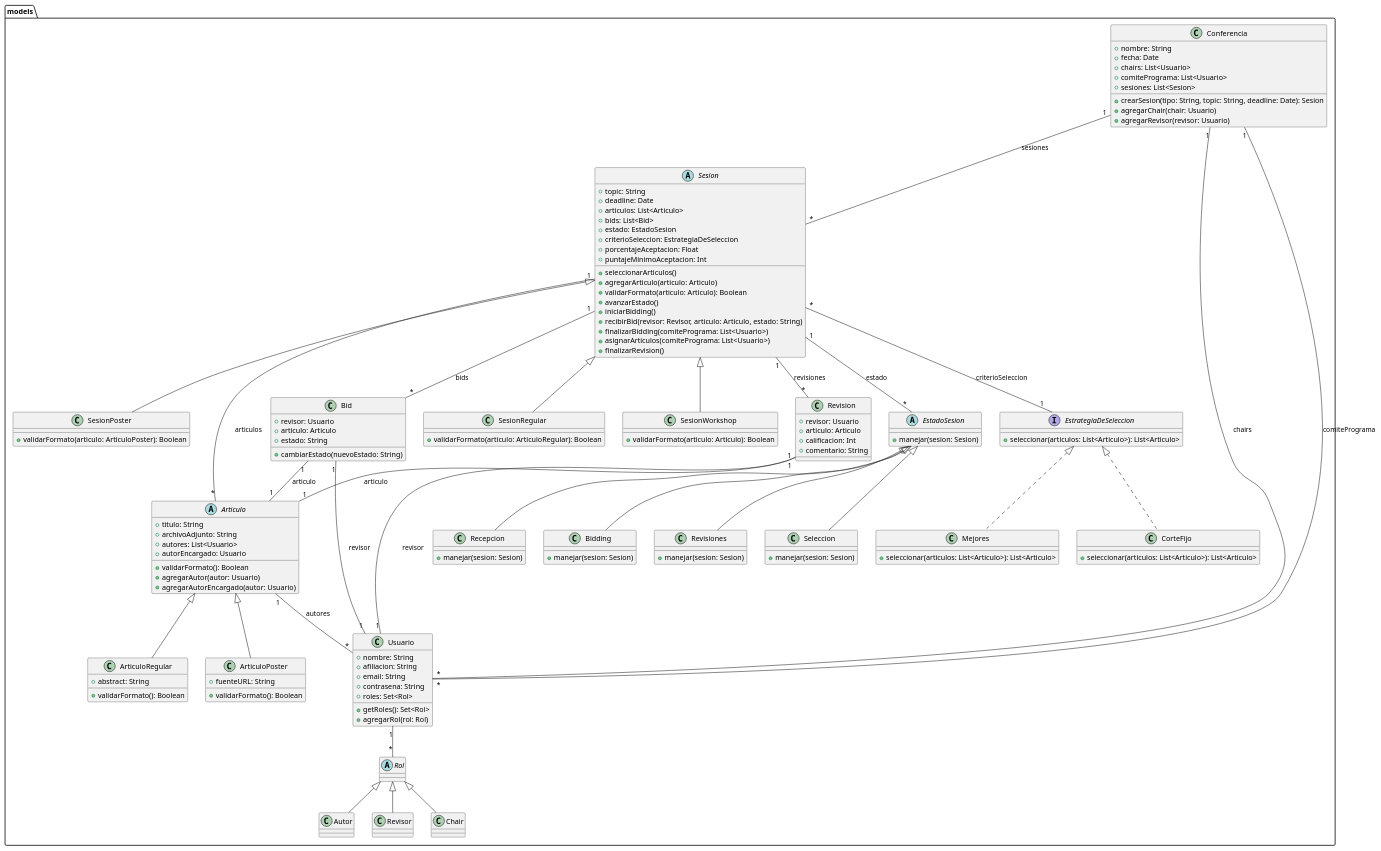
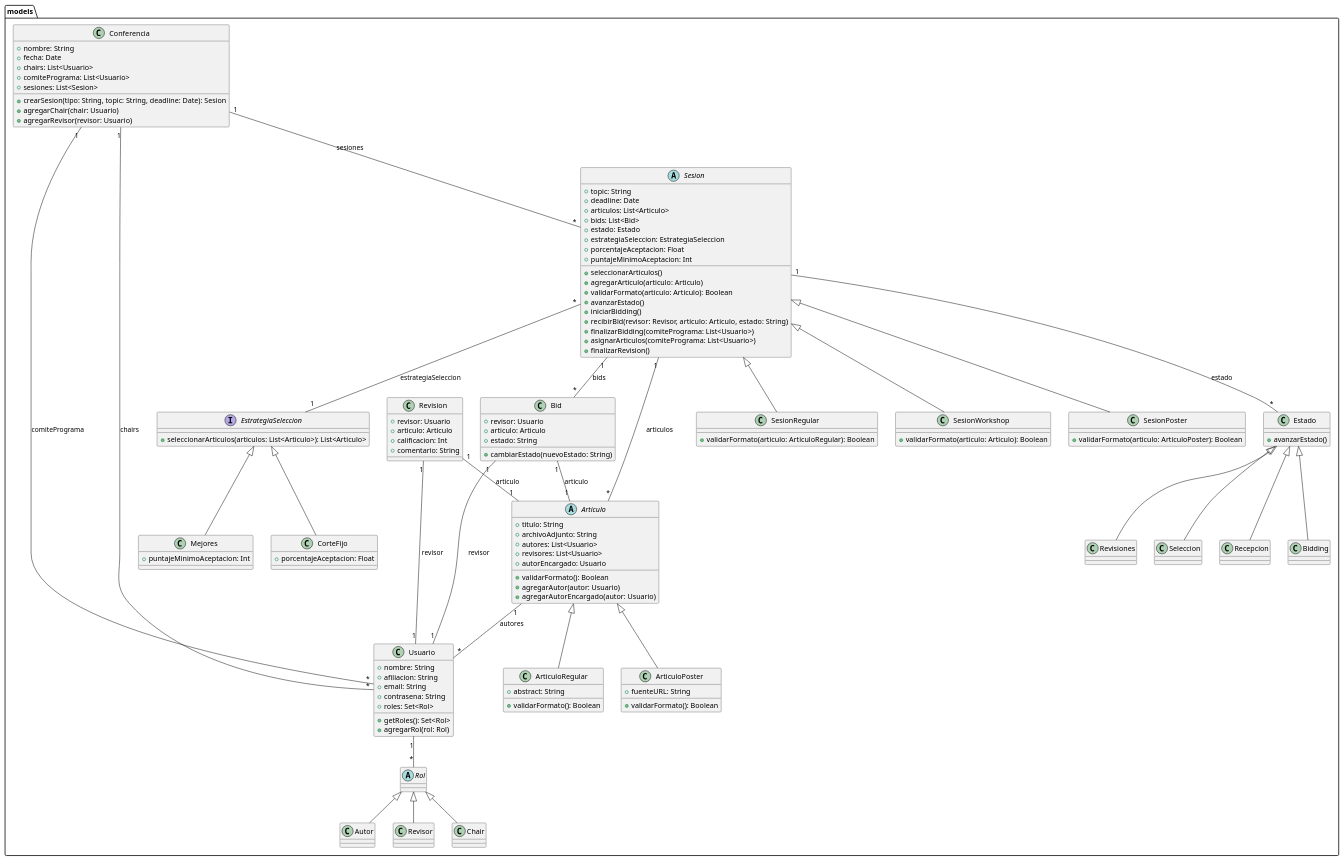
One commit to hadominguez/ComfyChair changed the diagram in docs/diagrama.puml. Above: the diagram before and after it, drawn with PlantUML. The commit also changed 1 other file, not shown here.

Commit message:
Corrección del diagrama

```diff
--- a/docs/diagrama.puml
+++ b/docs/diagrama.puml
@@ -1,151 +1,140 @@
 @startuml
 
 package models {
   class Usuario {
     +nombre: String
     +afiliacion: String
     +email: String
     +contrasena: String
     +roles: Set<Rol>
     +getRoles(): Set<Rol>
     +agregarRol(rol: Rol)
   }
 
   abstract class Rol {
   }
 
   class Autor extends Rol {
   }
 
   class Revisor extends Rol {
   }
 
   class Chair extends Rol {
   }
 
   class Conferencia {
     +nombre: String
     +fecha: Date
     +chairs: List<Usuario>
     +comitePrograma: List<Usuario>
     +sesiones: List<Sesion>
     +crearSesion(tipo: String, topic: String, deadline: Date): Sesion
     +agregarChair(chair: Usuario)
     +agregarRevisor(revisor: Usuario)
   }
 
   abstract class Sesion {
     +topic: String
     +deadline: Date
     +articulos: List<Articulo>
     +bids: List<Bid>
-    +estado: EstadoSesion
-    +criterioSeleccion: EstrategiaDeSeleccion
+    +estado: Estado
+    +estrategiaSeleccion: EstrategiaSeleccion
     +porcentajeAceptacion: Float
     +puntajeMinimoAceptacion: Int
     +seleccionarArticulos()
     +agregarArticulo(articulo: Articulo)
     +validarFormato(articulo: Articulo): Boolean
     +avanzarEstado()
     +iniciarBidding()
     +recibirBid(revisor: Revisor, articulo: Articulo, estado: String)
     +finalizarBidding(comitePrograma: List<Usuario>)
     +asignarArticulos(comitePrograma: List<Usuario>)
     +finalizarRevision()
   }
 
   class SesionRegular extends Sesion {
     +validarFormato(articulo: ArticuloRegular): Boolean
   }
 
   class SesionWorkshop extends Sesion {
     +validarFormato(articulo: Articulo): Boolean
   }
 
   class SesionPoster extends Sesion {
     +validarFormato(articulo: ArticuloPoster): Boolean
   }
 
   abstract class Articulo {
     +titulo: String
     +archivoAdjunto: String
     +autores: List<Usuario>
+    +revisores: List<Usuario>
     +autorEncargado: Usuario
     +validarFormato(): Boolean
     +agregarAutor(autor: Usuario)
     +agregarAutorEncargado(autor: Usuario)
   }
 
   class ArticuloRegular extends Articulo {
     +abstract: String
     +validarFormato(): Boolean
   }
 
   class ArticuloPoster extends Articulo {
     +fuenteURL: String
     +validarFormato(): Boolean
   }
 
   class Revision {
     +revisor: Usuario
     +articulo: Articulo
     +calificacion: Int
     +comentario: String
   }
 
   class Bid {
     +revisor: Usuario
     +articulo: Articulo
     +estado: String
     +cambiarEstado(nuevoEstado: String)
   }
 
-  interface EstrategiaDeSeleccion {
-    +seleccionar(articulos: List<Articulo>): List<Articulo>
+  interface EstrategiaSeleccion {
+    +seleccionarArticulos(articulos: List<Articulo>): List<Articulo>
   }
 
-  class Mejores implements EstrategiaDeSeleccion {
-    +seleccionar(articulos: List<Articulo>): List<Articulo>
+  class Mejores extends EstrategiaSeleccion {
+    +puntajeMinimoAceptacion: Int
   }
 
-  class CorteFijo implements EstrategiaDeSeleccion {
-    +seleccionar(articulos: List<Articulo>): List<Articulo>
+  class CorteFijo extends EstrategiaSeleccion {
+    +porcentajeAceptacion: Float
   }
 
-  abstract class EstadoSesion {
-    +manejar(sesion: Sesion)
+  class Estado {
+    +avanzarEstado()
   }
 
-  class Recepcion extends EstadoSesion {
-    +manejar(sesion: Sesion)
-  }
-
-  class Bidding extends EstadoSesion {
-    +manejar(sesion: Sesion)
-  }
-
-  class Revisiones extends EstadoSesion {
-    +manejar(sesion: Sesion)
-  }
-
-  class Seleccion extends EstadoSesion {
-    +manejar(sesion: Sesion)
-  }
+  class Recepcion extends Estado {}
+  class Bidding extends Estado {}
+  class Revisiones extends Estado {}
+  class Seleccion extends Estado {}
 }
 
 Usuario "1" -- "*" Rol
 Conferencia "1" -- "*" Usuario : "chairs"
 Conferencia "1" -- "*" Usuario : "comitePrograma"
 Conferencia "1" -- "*" Sesion : "sesiones"
 Sesion "1" -- "*" Articulo : "articulos"
 Sesion "1" -- "*" Bid : "bids"
-Sesion "*" -- "1" EstrategiaDeSeleccion : "criterioSeleccion"
-Sesion "1" -- "*" EstadoSesion : "estado"
-Sesion "1" -- "*" Revision : "revisiones"
+Sesion "*" -- "1" EstrategiaSeleccion : "estrategiaSeleccion"
+Sesion "1" -- "*" Estado : "estado"
 Articulo "1" -- "*" Usuario : "autores"
 Bid "1" -- "1" Usuario : "revisor"
 Bid "1" -- "1" Articulo : "articulo"
 Revision "1" -- "1" Usuario : "revisor"
 Revision "1" -- "1" Articulo : "articulo"
 
 @enduml
```
